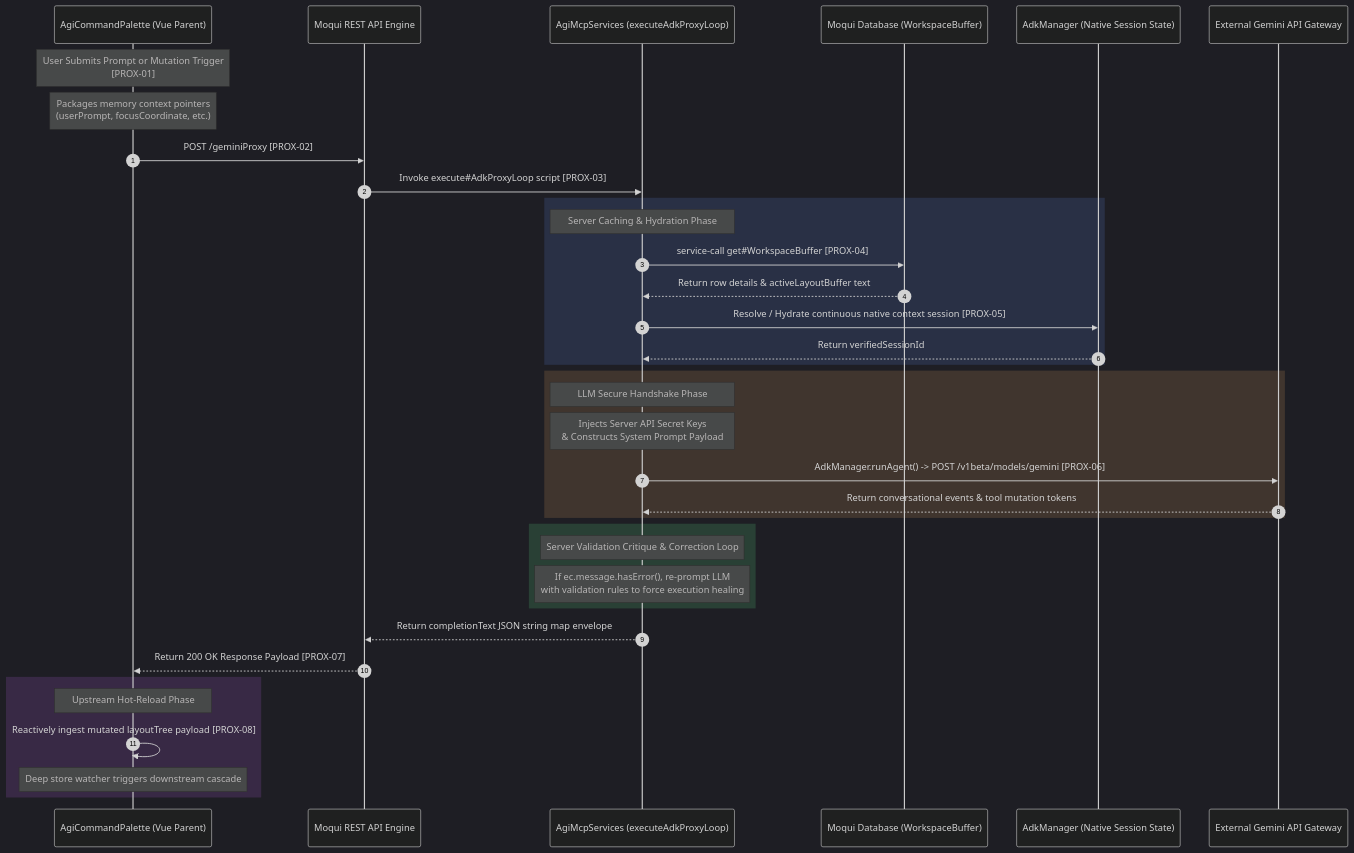
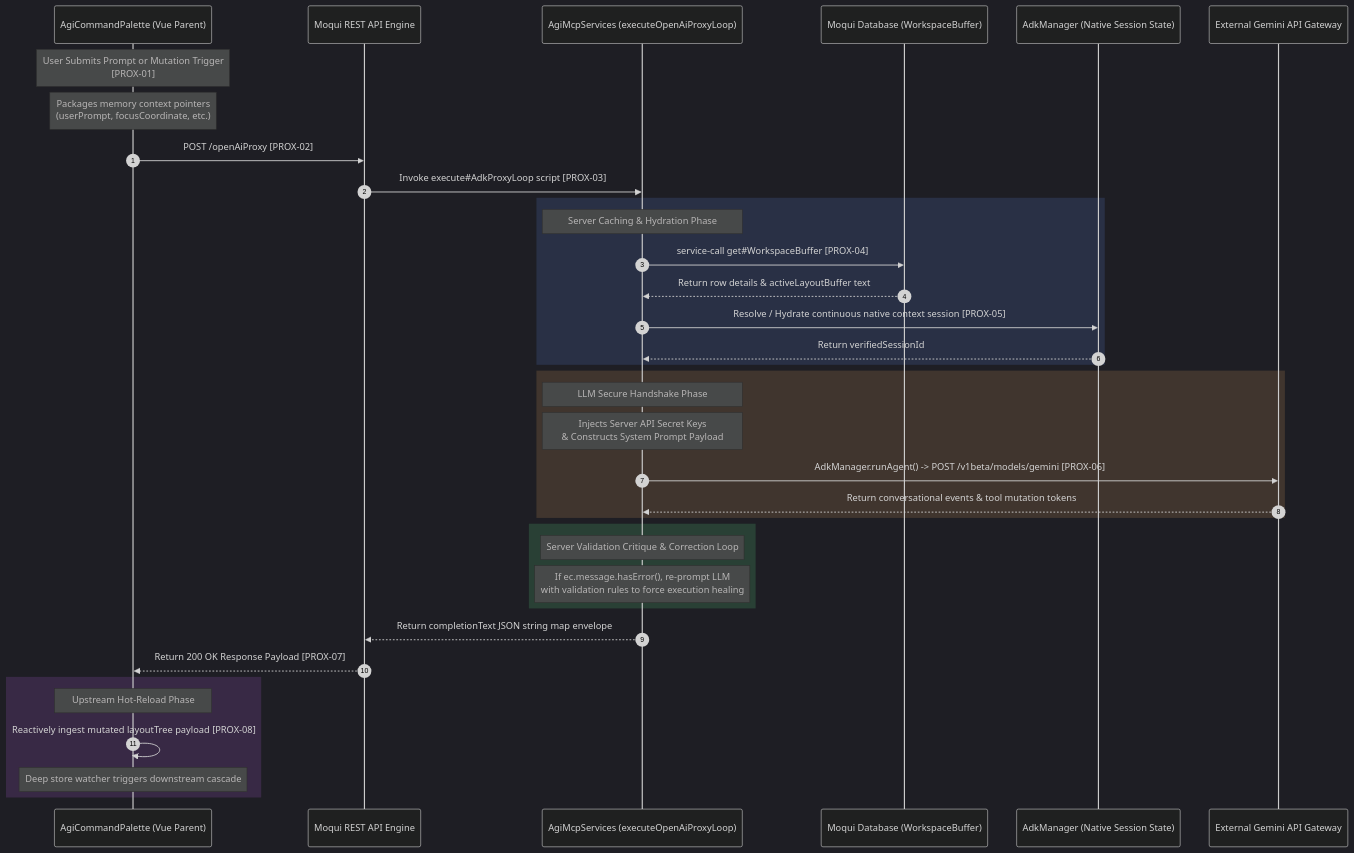
The diagram in docs/training/geminiProxy.md (byersa/agi-ide), drawn with Mermaid before and after one commit. The commit also changed other lines of this file and 13 other files, not shown here.

````diff
--- a/docs/training/geminiProxy.md
+++ b/docs/training/geminiProxy.md
@@ -3,46 +3,46 @@
 ```mermaid
 %%{init: { 'theme': 'dark' } }%%
 sequenceDiagram
     autonumber
     participant UI_Shell as AgiCommandPalette (Vue Parent)
     participant REST as Moqui REST API Engine
-    participant ADK as AgiMcpServices (executeAdkProxyLoop)
+    participant ADK as AgiMcpServices (executeOpenAiProxyLoop)
     participant DB as Moqui Database (WorkspaceBuffer)
     participant MGR as AdkManager (Native Session State)
     participant LLM as External Gemini API Gateway
 
     Note over UI_Shell: User Submits Prompt or Mutation Trigger<br/>[PROX-01]
     Note over UI_Shell: Packages memory context pointers<br/>(userPrompt, focusCoordinate, etc.)
     
-    UI_Shell->>REST: POST /geminiProxy [PROX-02]
+    UI_Shell->>REST: POST /openAiProxy [PROX-02]
     REST->>ADK: Invoke execute#35;AdkProxyLoop script [PROX-03]
     
     rect rgba(100, 150, 255, 0.15)
         Note over ADK: Server Caching & Hydration Phase
         ADK->>DB: service-call get#35;WorkspaceBuffer [PROX-04]
         DB-->>ADK: Return row details & activeLayoutBuffer text
         ADK->>MGR: Resolve / Hydrate continuous native context session [PROX-05]
         MGR-->>ADK: Return verifiedSessionId
     end
 
     rect rgba(255, 180, 100, 0.15)
         Note over ADK: LLM Secure Handshake Phase
         Note over ADK: Injects Server API Secret Keys<br/>& Constructs System Prompt Payload
         ADK->>LLM: AdkManager.runAgent() -> POST /v1beta/models/gemini [PROX-06]
         LLM-->>ADK: Return conversational events & tool mutation tokens
     end
 
     rect rgba(100, 255, 150, 0.15)
         Note over ADK: Server Validation Critique & Correction Loop
         Note over ADK: If ec.message.hasError(), re-prompt LLM<br/>with validation rules to force execution healing
     end
 
     ADK-->>REST: Return completionText JSON string map envelope
     REST-->>UI_Shell: Return 200 OK Response Payload [PROX-07]
     
     rect rgba(200, 100, 255, 0.15)
         Note over UI_Shell: Upstream Hot-Reload Phase
         UI_Shell->>UI_Shell: Reactively ingest mutated layoutTree payload [PROX-08]
         Note over UI_Shell: Deep store watcher triggers downstream cascade
     end
 ```
````
